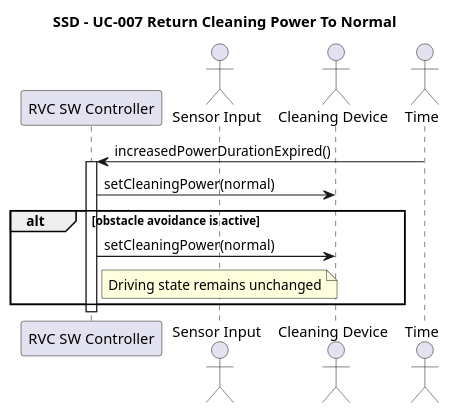
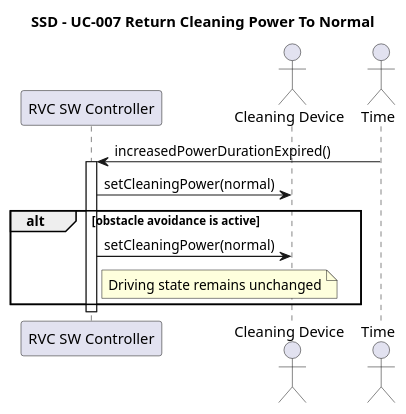
Before and after one commit to OOAD-Team3/Robot-Vacuum-Cleaner-AI: the diagram in docs/ssd/UC-007.puml, drawn with PlantUML.

Commit message:
Potential fix for pull request finding

```diff
--- a/docs/ssd/UC-007.puml
+++ b/docs/ssd/UC-007.puml
@@ -1,18 +1,17 @@
 @startuml SSD_UC007_Return_To_Normal_Power
 title SSD - UC-007 Return Cleaning Power To Normal
 
 participant "RVC SW Controller" as System
-actor "Sensor Input" as Sensor
 actor "Cleaning Device" as Cleaner
 actor "Time" as Time
 
 Time -> System: increasedPowerDurationExpired()
 activate System
 System -> Cleaner: setCleaningPower(normal)
 
 alt obstacle avoidance is active
     System -> Cleaner: setCleaningPower(normal)
     note right of System: Driving state remains unchanged
 end
 deactivate System
 @enduml
```
